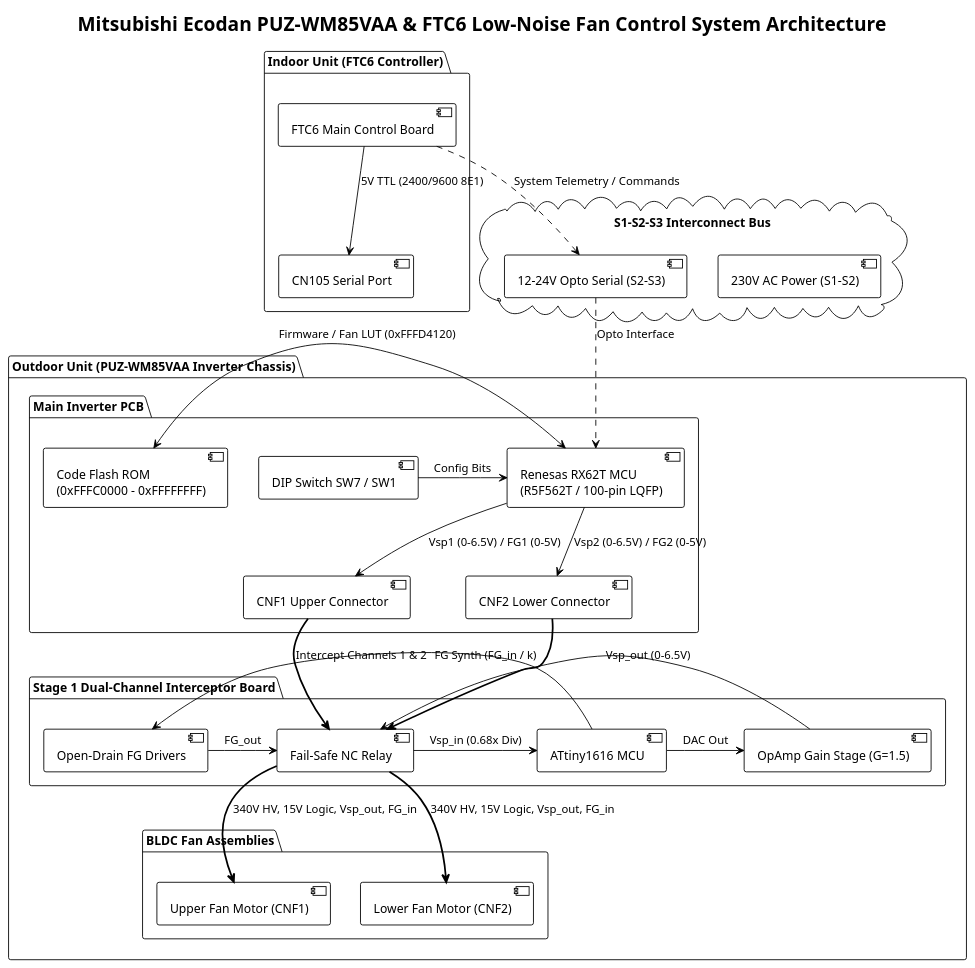
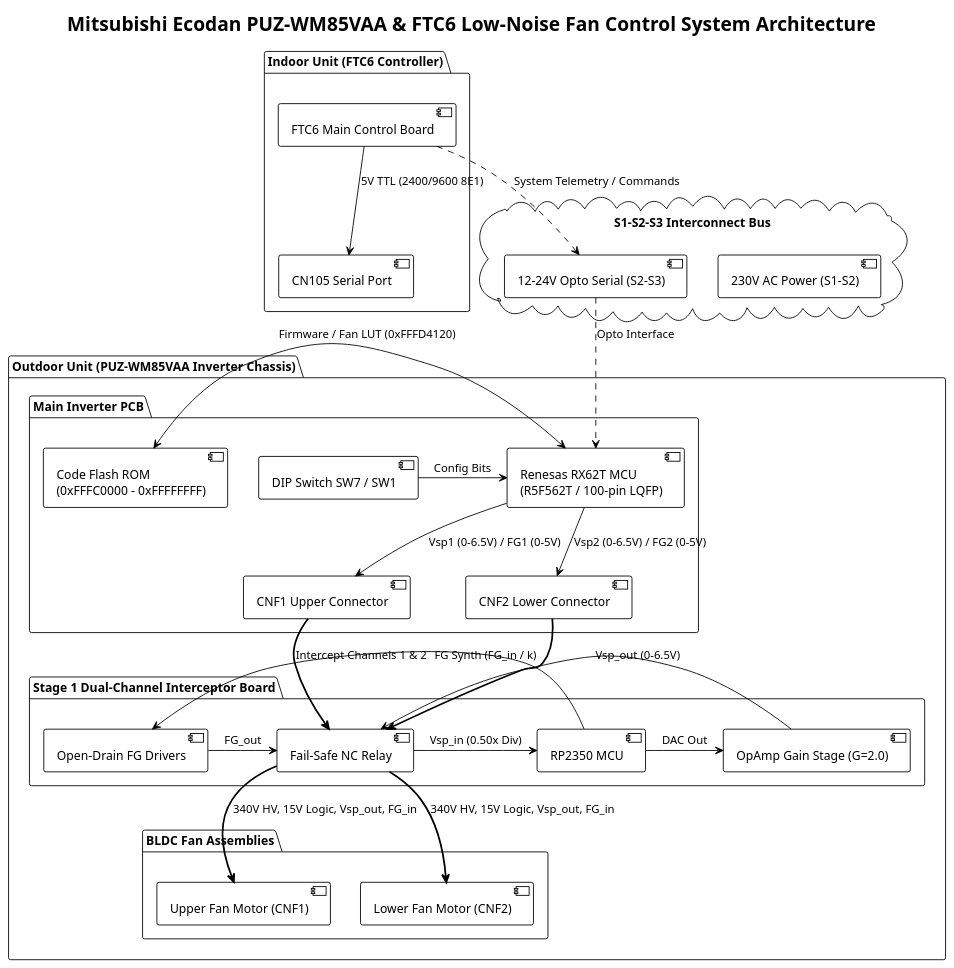
Before and after one commit to chatelao/Mitsubishi-Electric-Ecodan_PUZ-WM85VAA: the diagram in TOP_ARCHITECTURE.puml, drawn with PlantUML. The commit also changed 9 other files, not shown here.

```diff
--- a/TOP_ARCHITECTURE.puml
+++ b/TOP_ARCHITECTURE.puml
@@ -1,62 +1,62 @@
 @startuml TOP_ARCHITECTURE
 !theme plain
 skinparam componentStyle uml2
 skinparam boxPadding 10
 skinparam participantPadding 10
 
 title Mitsubishi Ecodan PUZ-WM85VAA & FTC6 Low-Noise Fan Control System Architecture
 
 package "Indoor Unit (FTC6 Controller)" {
   [FTC6 Main Control Board] as FTC6
   [CN105 Serial Port] as CN105
   FTC6 -down-> CN105 : "5V TTL (2400/9600 8E1)"
 }
 
 cloud "S1-S2-S3 Interconnect Bus" {
   [230V AC Power (S1-S2)] as S1S2
   [12-24V Opto Serial (S2-S3)] as S2S3
 }
 
 FTC6 .down.> S2S3 : "System Telemetry / Commands"
 
 package "Outdoor Unit (PUZ-WM85VAA Inverter Chassis)" {
   package "Main Inverter PCB" {
     [Renesas RX62T MCU\n(R5F562T / 100-pin LQFP)] as MCU
     [DIP Switch SW7 / SW1] as DIP
     [Code Flash ROM\n(0xFFFC0000 - 0xFFFFFFFF)] as ROM
     [CNF1 Upper Connector] as CNF1_PCB
     [CNF2 Lower Connector] as CNF2_PCB
 
     DIP -right-> MCU : "Config Bits"
     ROM <-> MCU : "Firmware / Fan LUT (0xFFFD4120)"
     MCU -down-> CNF1_PCB : "Vsp1 (0-6.5V) / FG1 (0-5V)"
     MCU -down-> CNF2_PCB : "Vsp2 (0-6.5V) / FG2 (0-5V)"
   }
 
   package "Stage 1 Dual-Channel Interceptor Board" {
-    [ATtiny1616 MCU] as InterceptorMCU
-    [OpAmp Gain Stage (G=1.5)] as OpAmp
+    [RP2350 MCU] as InterceptorMCU
+    [OpAmp Gain Stage (G=2.0)] as OpAmp
     [Open-Drain FG Drivers] as FGDriver
     [Fail-Safe NC Relay] as Relay
 
     CNF1_PCB ==> Relay : "Intercept Channels 1 & 2"
     CNF2_PCB ==> Relay
-    Relay -> InterceptorMCU : "Vsp_in (0.68x Div)"
+    Relay -> InterceptorMCU : "Vsp_in (0.50x Div)"
     InterceptorMCU -> OpAmp : "DAC Out"
     OpAmp -> Relay : "Vsp_out (0-6.5V)"
     InterceptorMCU -> FGDriver : "FG Synth (FG_in / k)"
     FGDriver -> Relay : "FG_out"
   }
 
   package "BLDC Fan Assemblies" {
     [Upper Fan Motor (CNF1)] as UpperFan
     [Lower Fan Motor (CNF2)] as LowerFan
 
     Relay ==> UpperFan : "340V HV, 15V Logic, Vsp_out, FG_in"
     Relay ==> LowerFan : "340V HV, 15V Logic, Vsp_out, FG_in"
   }
 }
 
 S2S3 .down.> MCU : "Opto Interface"
 
 @enduml
```
